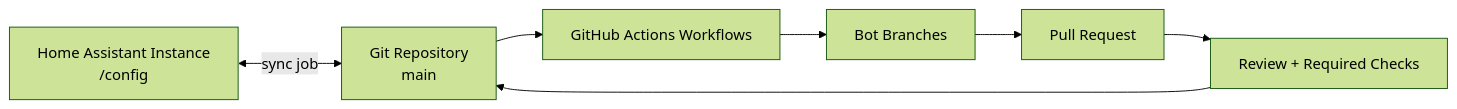
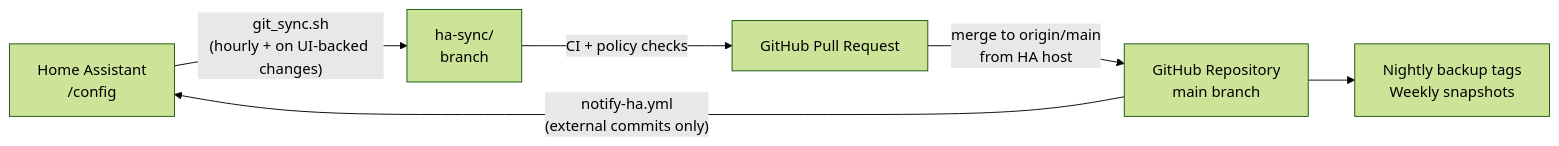
Before and after one commit to bronsonacoutts/ha-git-sync: the diagram in README.md, drawn with Mermaid (forest theme). The commit also changed other lines of this file and 22 other files, not shown here.

Commit message:
feat: move HA/GitHub sync orchestration onto the HA host

````diff
--- a/README.md
+++ b/README.md
@@ -35,9 +56,8 @@
 ```mermaid
 flowchart LR
-    A[Home Assistant Instance\n/config] <-->|sync job| B[Git Repository\nmain]
-    B --> C[GitHub Actions Workflows]
-    C --> D[Bot Branches]
-    D --> E[Pull Request]
-    E --> F[Review + Required Checks]
-    F --> B
+    A["Home Assistant\n/config"] -->|"git_sync.sh\n(hourly + on UI-backed changes)"| B["ha-sync/<host>\nbranch"]
+    B -->|"CI + policy checks"| C["GitHub Pull Request"]
+    C -->|"merge to origin/main\nfrom HA host"| D["GitHub Repository\nmain branch"]
+    D -->|"notify-ha.yml\n(external commits only)"| A
+    D --> E["Nightly backup tags\nWeekly snapshots"]
 ```
````
